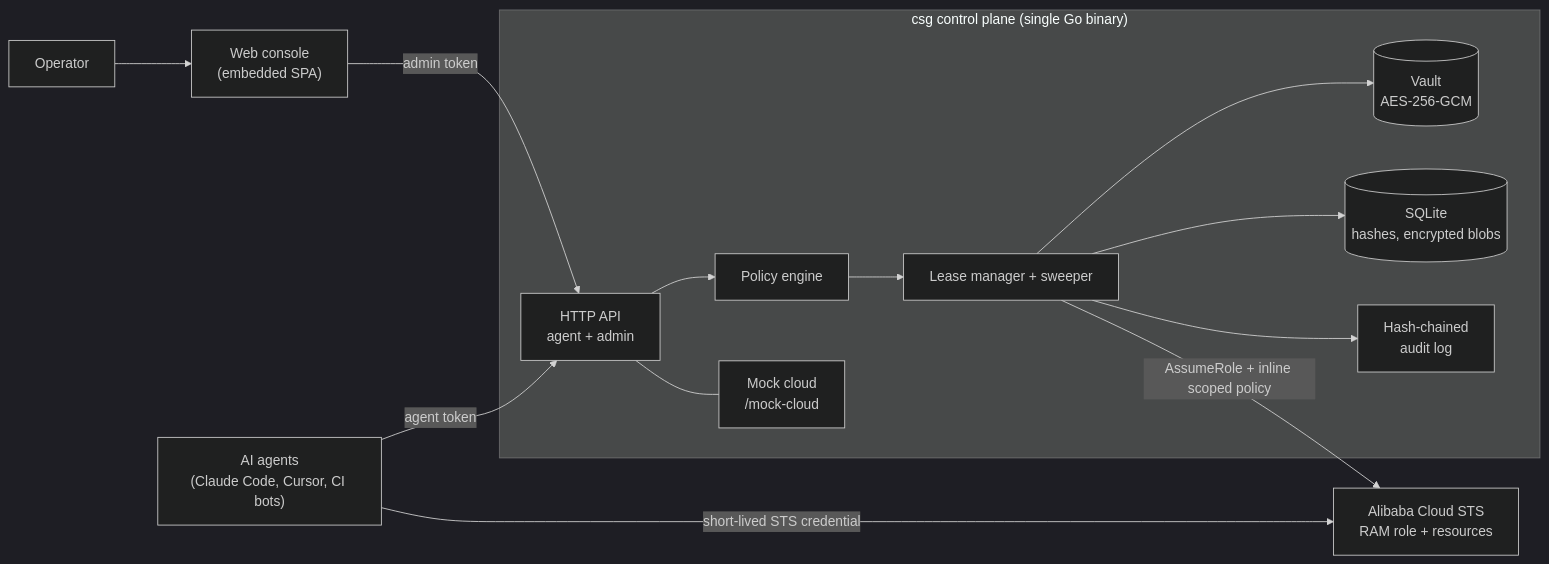
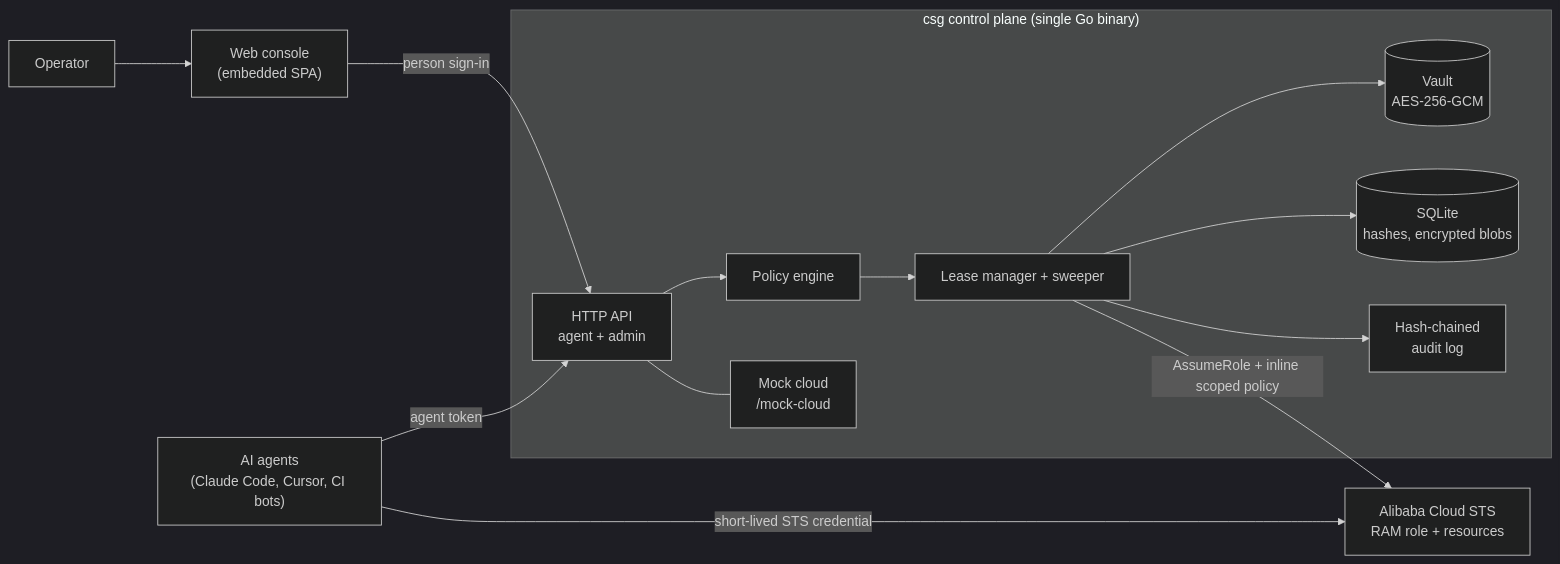
One commit to ArveyKao/cloud-safeguard- changed the diagram in README.md. Above: the diagram before and after it, drawn with Mermaid (dark theme). The commit also changed other lines of this file and 26 other files, not shown here.

````diff
--- a/README.md
+++ b/README.md
@@ -60,27 +60,27 @@
 ```mermaid
 flowchart LR
     OPERATOR["Operator"]
     CONSOLE["Web console<br/>(embedded SPA)"]
     AGENT["AI agents<br/>(Claude Code, Cursor, CI bots)"]
     subgraph CSG["csg control plane (single Go binary)"]
         API["HTTP API<br/>agent + admin"]
         POLICY["Policy engine"]
         LEASE["Lease manager + sweeper"]
         VAULT[("Vault<br/>AES-256-GCM")]
         DB[("SQLite<br/>hashes, encrypted blobs")]
         AUDIT["Hash-chained<br/>audit log"]
         MOCK["Mock cloud<br/>/mock-cloud"]
     end
     CLOUD["Alibaba Cloud STS<br/>RAM role + resources"]
     OPERATOR --> CONSOLE
-    CONSOLE -->|admin token| API
+    CONSOLE -->|person sign-in| API
     AGENT -->|agent token| API
     API --> POLICY
     POLICY --> LEASE
     LEASE --> VAULT
     LEASE --> DB
     LEASE --> AUDIT
     LEASE -->|AssumeRole + inline scoped policy| CLOUD
     AGENT -->|short-lived STS credential| CLOUD
     API --- MOCK
 ```
````
